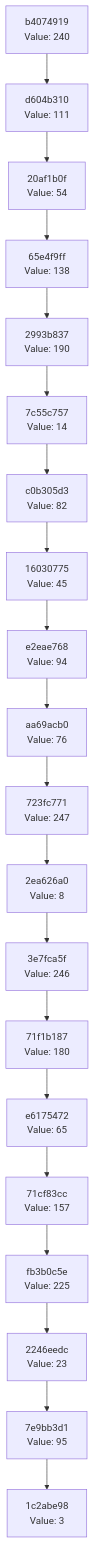
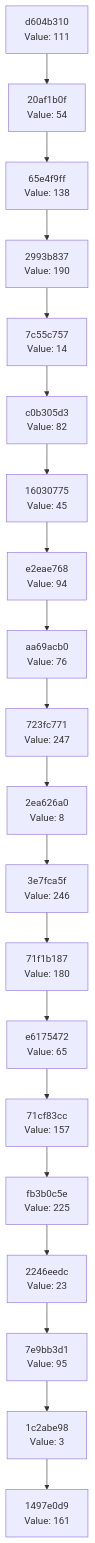
Before and after one commit to Abhisheksinha1506/hash-chain-evolver: the diagram in docs/CHAIN_VISUALIZATION.md, drawn with Mermaid. The commit also changed 3 other files, not shown here.

````diff
--- a/docs/CHAIN_VISUALIZATION.md
+++ b/docs/CHAIN_VISUALIZATION.md
@@ -3,42 +3,42 @@
 ```mermaid
 graph TD
-    C0["1c2abe98<br/>Value: 3"]
-    C1["7e9bb3d1<br/>Value: 95"]
+    C0["1497e0d9<br/>Value: 161"]
+    C1["1c2abe98<br/>Value: 3"]
     C1 --> C0
-    C2["2246eedc<br/>Value: 23"]
+    C2["7e9bb3d1<br/>Value: 95"]
     C2 --> C1
-    C3["fb3b0c5e<br/>Value: 225"]
+    C3["2246eedc<br/>Value: 23"]
     C3 --> C2
-    C4["71cf83cc<br/>Value: 157"]
+    C4["fb3b0c5e<br/>Value: 225"]
     C4 --> C3
-    C5["e6175472<br/>Value: 65"]
+    C5["71cf83cc<br/>Value: 157"]
     C5 --> C4
-    C6["71f1b187<br/>Value: 180"]
+    C6["e6175472<br/>Value: 65"]
     C6 --> C5
-    C7["3e7fca5f<br/>Value: 246"]
+    C7["71f1b187<br/>Value: 180"]
     C7 --> C6
-    C8["2ea626a0<br/>Value: 8"]
+    C8["3e7fca5f<br/>Value: 246"]
     C8 --> C7
-    C9["723fc771<br/>Value: 247"]
+    C9["2ea626a0<br/>Value: 8"]
     C9 --> C8
-    C10["aa69acb0<br/>Value: 76"]
+    C10["723fc771<br/>Value: 247"]
     C10 --> C9
-    C11["e2eae768<br/>Value: 94"]
+    C11["aa69acb0<br/>Value: 76"]
     C11 --> C10
-    C12["16030775<br/>Value: 45"]
+    C12["e2eae768<br/>Value: 94"]
     C12 --> C11
-    C13["c0b305d3<br/>Value: 82"]
+    C13["16030775<br/>Value: 45"]
     C13 --> C12
-    C14["7c55c757<br/>Value: 14"]
+    C14["c0b305d3<br/>Value: 82"]
     C14 --> C13
-    C15["2993b837<br/>Value: 190"]
+    C15["7c55c757<br/>Value: 14"]
     C15 --> C14
-    C16["65e4f9ff<br/>Value: 138"]
+    C16["2993b837<br/>Value: 190"]
     C16 --> C15
-    C17["20af1b0f<br/>Value: 54"]
+    C17["65e4f9ff<br/>Value: 138"]
     C17 --> C16
-    C18["d604b310<br/>Value: 111"]
+    C18["20af1b0f<br/>Value: 54"]
     C18 --> C17
-    C19["b4074919<br/>Value: 240"]
+    C19["d604b310<br/>Value: 111"]
     C19 --> C18
 ```
````
